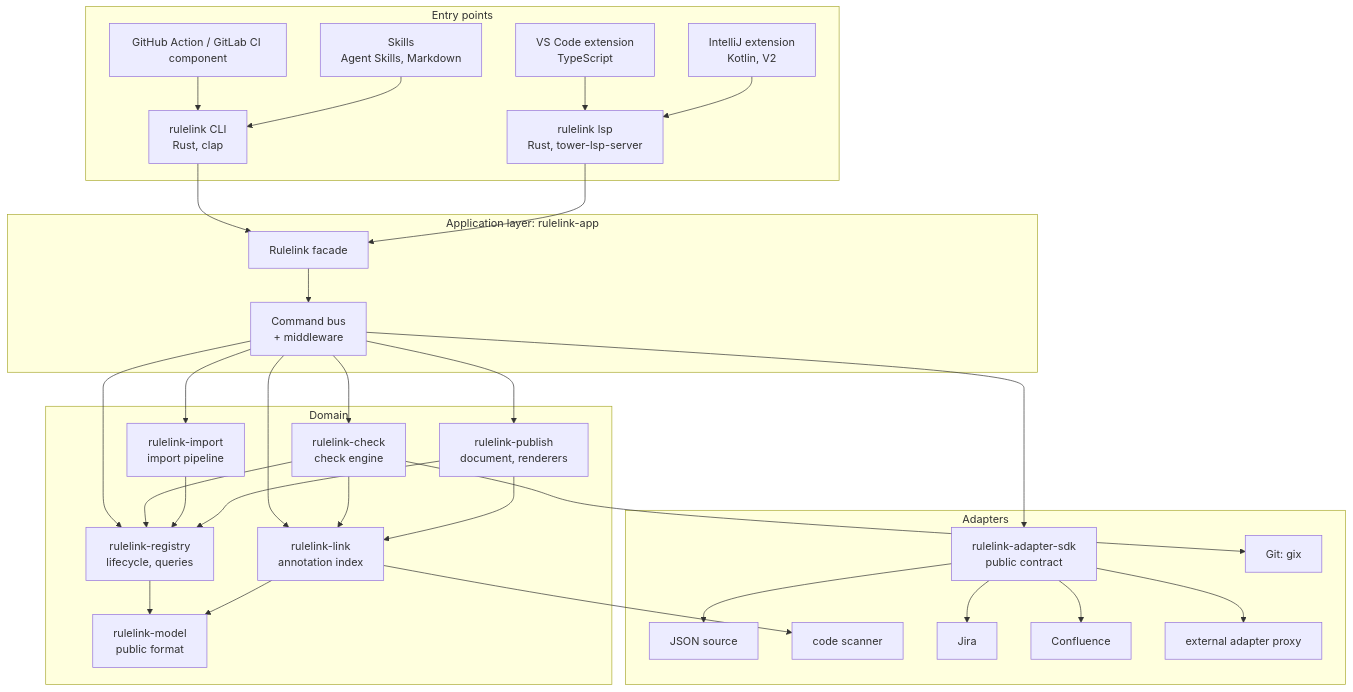
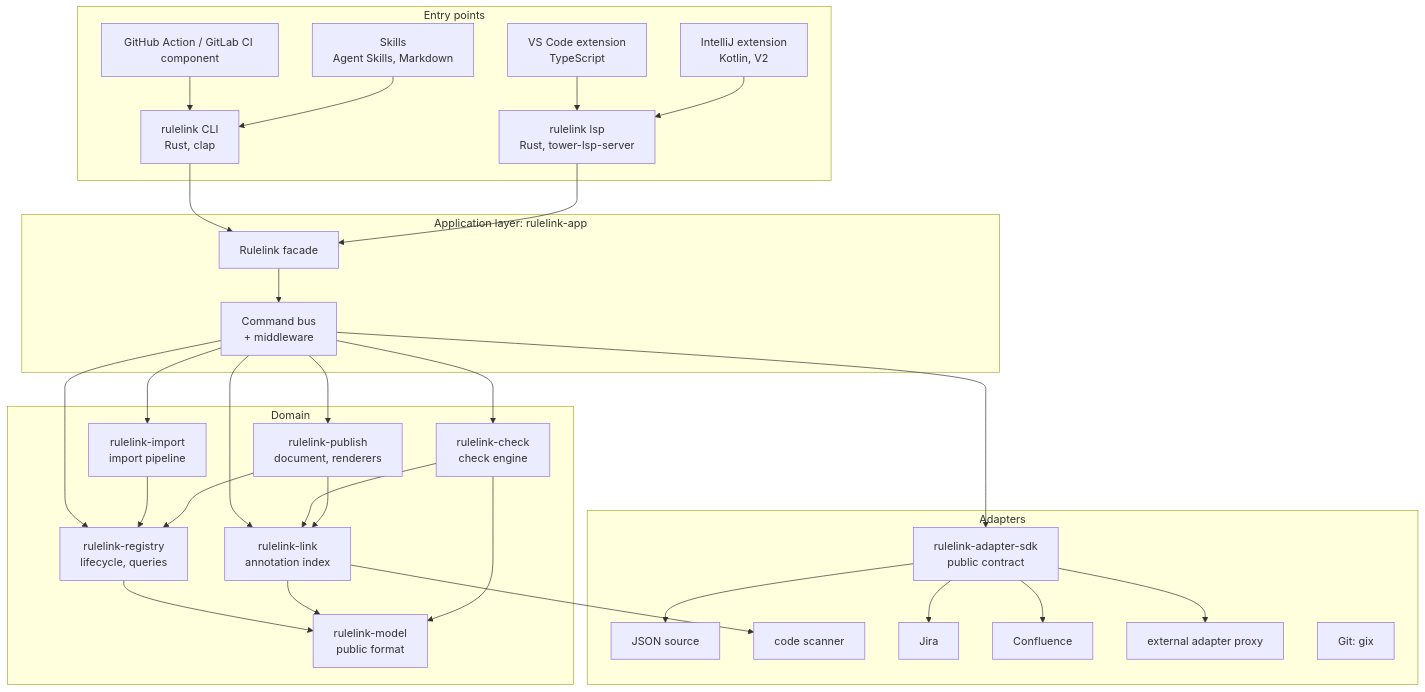
One commit to E-Jacques/Rulelink changed the second of 7 diagrams in docs/architecture/00-global-architecture.md. Above: the diagram before and after it, drawn with Mermaid. The commit also changed other lines of this file and 42 other files, not shown here.

````diff
--- a/docs/architecture/00-global-architecture.md
+++ b/docs/architecture/00-global-architecture.md
@@ -111,53 +111,52 @@
 ```mermaid
 flowchart TB
     subgraph EP["Entry points"]
         CLI["rulelink CLI<br/>Rust, clap"]
         LSP["rulelink lsp<br/>Rust, tower-lsp-server"]
         GHA["GitHub Action / GitLab CI component"]
         VSC["VS Code extension<br/>TypeScript"]
         IJ["IntelliJ extension<br/>Kotlin, V2"]
         SK["Skills<br/>Agent Skills, Markdown"]
     end
 
     subgraph APP["Application layer: rulelink-app"]
         FAC["Rulelink facade"]
         BUS["Command bus<br/>+ middleware"]
     end
 
     subgraph DOM["Domain"]
         MOD["rulelink-model<br/>public format"]
         REG["rulelink-registry<br/>lifecycle, queries"]
         LNK["rulelink-link<br/>annotation index"]
         CHK["rulelink-check<br/>check engine"]
         IMP["rulelink-import<br/>import pipeline"]
         PUB["rulelink-publish<br/>document, renderers"]
     end
 
     subgraph ADP["Adapters"]
         SDK["rulelink-adapter-sdk<br/>public contract"]
         JSON["JSON source"]
         SCAN["code scanner"]
         JIRA["Jira"]
         CONF["Confluence"]
         EXT["external adapter proxy"]
         GIT["Git: gix"]
     end
 
     GHA --> CLI
     SK --> CLI
     VSC --> LSP
     IJ --> LSP
     CLI --> FAC
     LSP --> FAC
     FAC --> BUS
     BUS --> REG & LNK & CHK & IMP & PUB
     REG --> MOD
     LNK --> MOD
-    CHK --> REG & LNK
+    CHK --> MOD & LNK
     IMP --> REG
     PUB --> REG & LNK
     BUS --> SDK
     SDK --> JSON & JIRA & CONF & EXT
     LNK --> SCAN
-    CHK --> GIT
 ```
````
